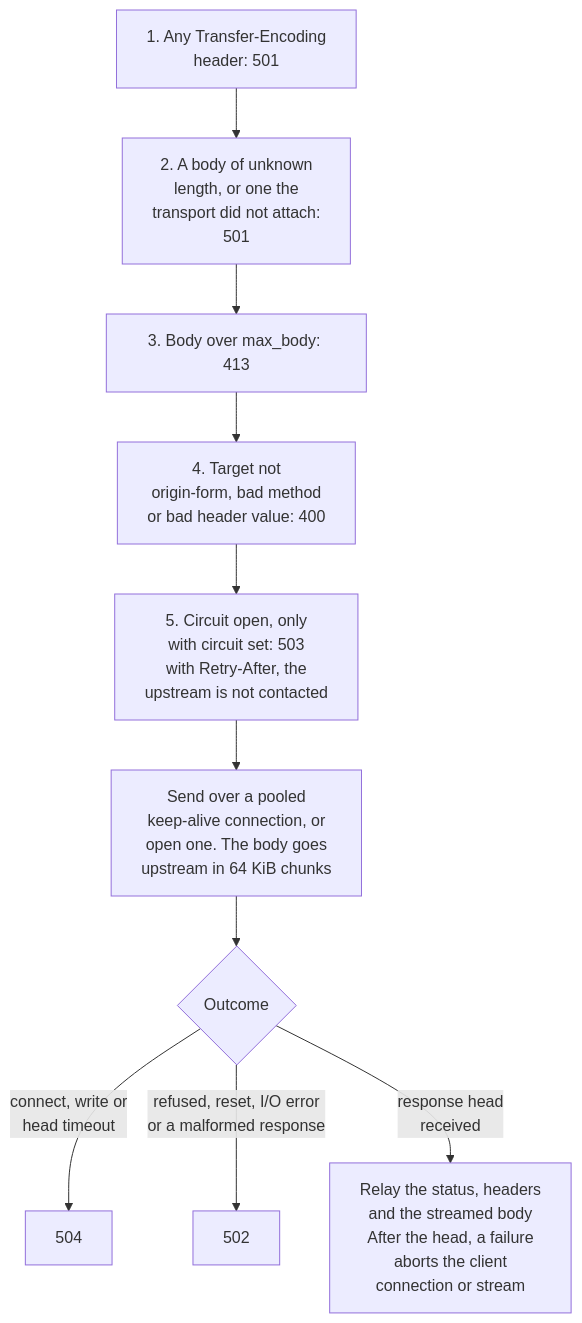
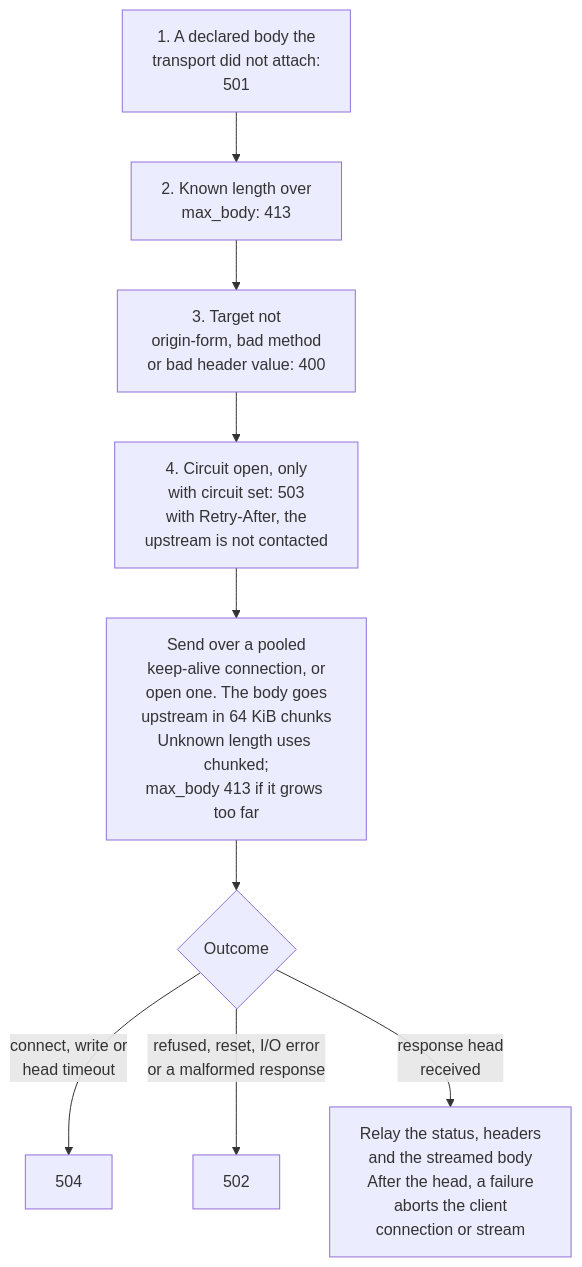
One commit to BlivionIaG/sjws_nettask changed the fourth of 6 diagrams in docs/design/proxy-routing.md. Above: the diagram before and after it, drawn with Mermaid. The commit also changed other lines of this file and 8 other files, not shown here.

First line of the commit message:
feat(proxy): forward chunked and unknown-length request bodies (Fixes #405)

````diff
--- a/docs/design/proxy-routing.md
+++ b/docs/design/proxy-routing.md
@@ -160,12 +160,11 @@
 ```mermaid
 flowchart TD
-    c1["1. Any Transfer-Encoding<br/>header: 501"] --> c2["2. A body of unknown<br/>length, or one the<br/>transport did not attach:<br/>501"]
-    c2 --> c3["3. Body over max_body: 413"]
-    c3 --> c4["4. Target not<br/>origin-form, bad method<br/>or bad header value: 400"]
-    c4 --> c5["5. Circuit open, only<br/>with circuit set: 503<br/>with Retry-After, the<br/>upstream is not contacted"]
-    c5 --> x["Send over a pooled<br/>keep-alive connection, or<br/>open one. The body goes<br/>upstream in 64 KiB chunks"]
+    c1["1. A declared body the<br/>transport did not attach:<br/>501"] --> c2["2. Known length over<br/>max_body: 413"]
+    c2 --> c3["3. Target not<br/>origin-form, bad method<br/>or bad header value: 400"]
+    c3 --> c4["4. Circuit open, only<br/>with circuit set: 503<br/>with Retry-After, the<br/>upstream is not contacted"]
+    c4 --> x["Send over a pooled<br/>keep-alive connection, or<br/>open one. The body goes<br/>upstream in 64 KiB chunks<br/>Unknown length uses chunked;<br/>max_body 413 if it grows too far"]
     x --> o{"Outcome"}
     o -->|"connect, write or<br/>head timeout"| e504["504"]
     o -->|"refused, reset, I/O error<br/>or a malformed response"| e502["502"]
     o -->|"response head<br/>received"| ok["Relay the status, headers<br/>and the streamed body<br/>After the head, a failure<br/>aborts the client<br/>connection or stream"]
 ```
````
